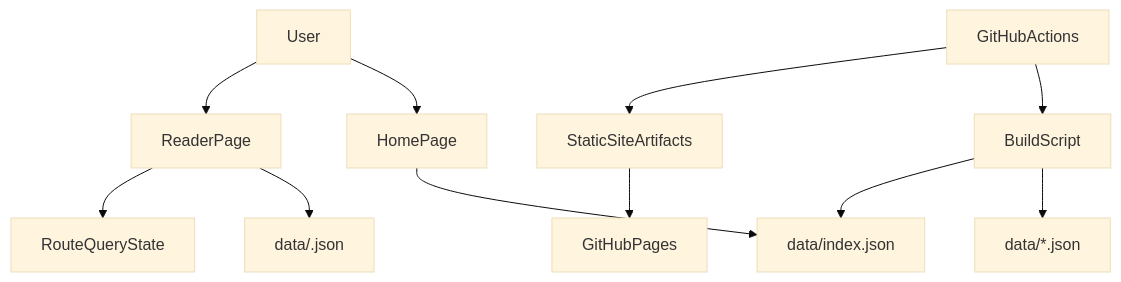
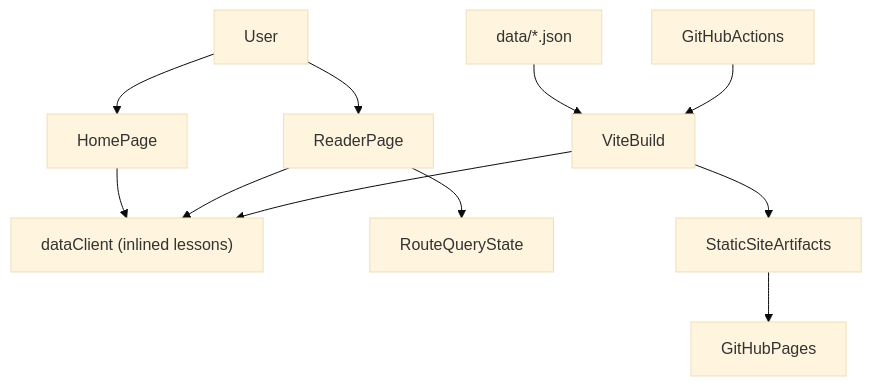
The first of 4 diagrams in Documents/Architecture.md (kamiyn/italyshadowing), drawn with Mermaid (base theme) before and after one commit. The commit also changed other lines of this file and 11 other files, not shown here.

````diff
--- a/Documents/Architecture.md
+++ b/Documents/Architecture.md
@@ -20,13 +20,13 @@
 ```mermaid
 flowchart TD
     user[User] --> homePage[HomePage]
     user --> readerPage[ReaderPage]
-    homePage --> indexJson["data/index.json"]
-    readerPage --> lessonJson["data/<filename>.json"]
+    homePage --> dataClient["dataClient (inlined lessons)"]
+    readerPage --> dataClient
     readerPage --> routerState[RouteQueryState]
-    buildScript[BuildScript] --> dataDir["data/*.json"]
-    buildScript --> indexJson
-    ciWorkflow[GitHubActions] --> buildScript
-    ciWorkflow --> staticSite[StaticSiteArtifacts]
+    dataDir["data/*.json"] --> viteBuild[ViteBuild]
+    viteBuild --> dataClient
+    ciWorkflow[GitHubActions] --> viteBuild
+    viteBuild --> staticSite[StaticSiteArtifacts]
     staticSite --> githubPages[GitHubPages]
 ```
````
